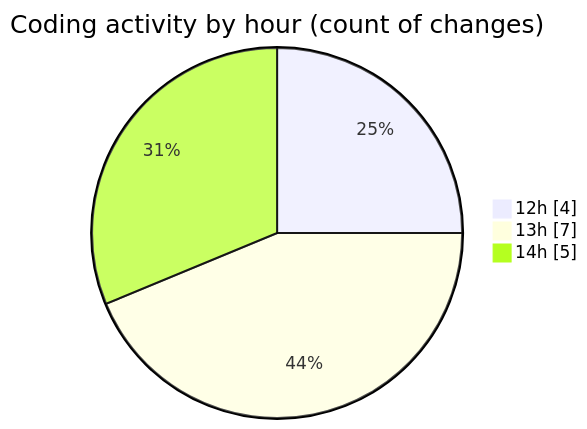
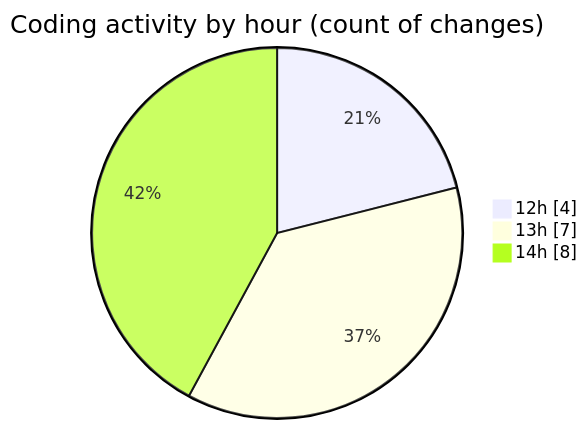
Before and after one commit to MatusMokan/code-tracking: the second of 2 diagrams in 2025-10-25/untitled__workspace_/README.md, drawn with Mermaid. The commit also changed other lines of this file and 1 other file, not shown here.

````diff
--- a/2025-10-25/untitled__workspace_/README.md
+++ b/2025-10-25/untitled__workspace_/README.md
@@ -28,7 +28,7 @@
 ```mermaid
 pie showData
 title Coding activity by hour (count of changes)
 "12h" : 4
 "13h" : 7
-"14h" : 5
+"14h" : 8
 ```
````
